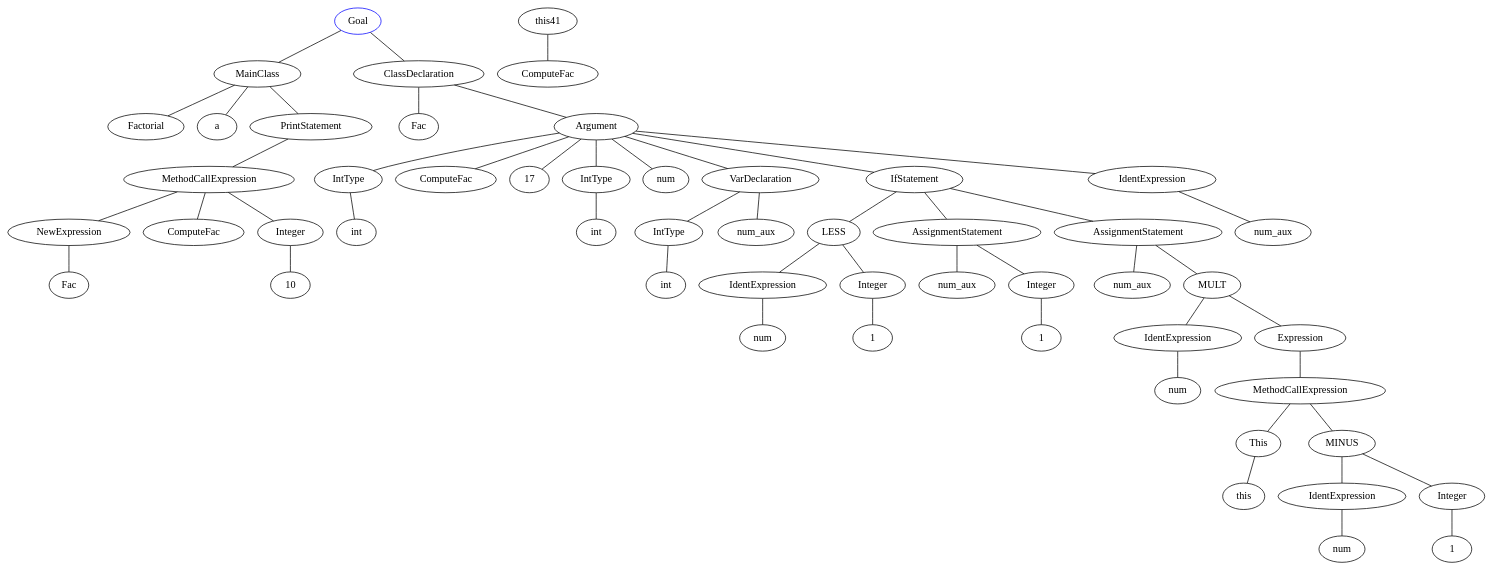
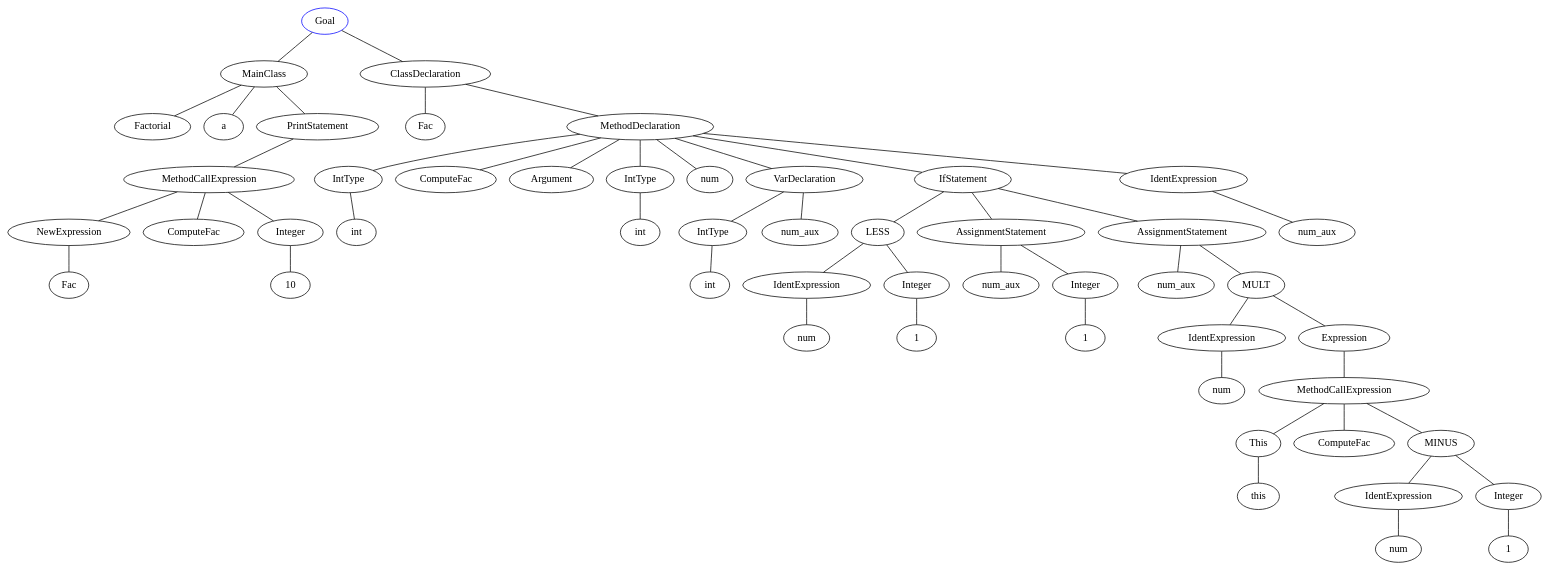
The diagram in output.dot (Loulett/Compilers), drawn with Graphviz before and after one commit. The commit also changed 4 other files, not shown here.

```diff
--- a/output.dot
+++ b/output.dot
@@ -1,105 +1,105 @@
 graph Grammar{
 0 [label="Goal"] [color=blue];
 0 -- 1;
 1 [label="MainClass"];
 1 -- 2;
 2 [label="Factorial"];
 1 -- 3;
 3 [label="a"];
 1 -- 4;
 4 [label="PrintStatement"];
 4 -- 5;
 5 [label="MethodCallExpression"];
 5 -- 6;
 6 [label="NewExpression"];
 6 -- 7;
 7 [label="Fac"];
 5 -- 8;
 8 [label="ComputeFac"];
 5 -- 9;
 9 [label="Integer"];
 9 -- 10;
 10 [label="10"];
 0 -- 11;
 11 [label="ClassDeclaration"];
 11 -- 12;
 12 [label="Fac"];
 11 -- 13;
 13 [label="MethodDeclaration"];
 13 -- 14;
 14 [label="IntType"];
 15 [label="int"];
 14 -- 15;
 13 -- 16;
 16 [label="ComputeFac"];
 13 -- 17;
-13 [label="Argument"];
+17 [label="Argument"];
 13 -- 18;
 18 [label="IntType"];
 19 [label="int"];
 18 -- 19;
 13 -- 20;
 20 [label="num"];
 13 -- 21;
 21 [label="VarDeclaration"];
 21 -- 22;
 22 [label="IntType"];
 23 [label="int"];
 22 -- 23;
 21 -- 24;
 24 [label="num_aux"];
 13 -- 25;
 25 [label="IfStatement"];
 25 -- 26;
 26 [label="LESS"];
 26 -- 27;
 27 [label="IdentExpression"];
 27 -- 28;
 28 [label="num"];
 26 -- 29;
 29 [label="Integer"];
 29 -- 30;
 30 [label="1"];
 25 -- 31;
 31 [label="AssignmentStatement"];
 31 -- 32;
 32 [label="num_aux"];
 31 -- 33;
 33 [label="Integer"];
 33 -- 34;
 34 [label="1"];
 25 -- 35;
 35 [label="AssignmentStatement"];
 35 -- 36;
 36 [label="num_aux"];
 35 -- 37;
 37 [label="MULT"];
 37 -- 38;
 38 [label="IdentExpression"];
 38 -- 39;
 39 [label="num"];
 37 -- 40;
 40 [label="Expression"];
 40 -- 41;
 41 [label="MethodCallExpression"];
 41 -- 42;
 42 [label="This"];
 42 -- 43;
 43 [label="this"];
-this41 -- 44;
+41 -- 44;
 44 [label="ComputeFac"];
 41 -- 45;
 45 [label="MINUS"];
 45 -- 46;
 46 [label="IdentExpression"];
 46 -- 47;
 47 [label="num"];
 45 -- 48;
 48 [label="Integer"];
 48 -- 49;
 49 [label="1"];
 13 -- 50;
 50 [label="IdentExpression"];
 50 -- 51;
 51 [label="num_aux"];
 }
```
